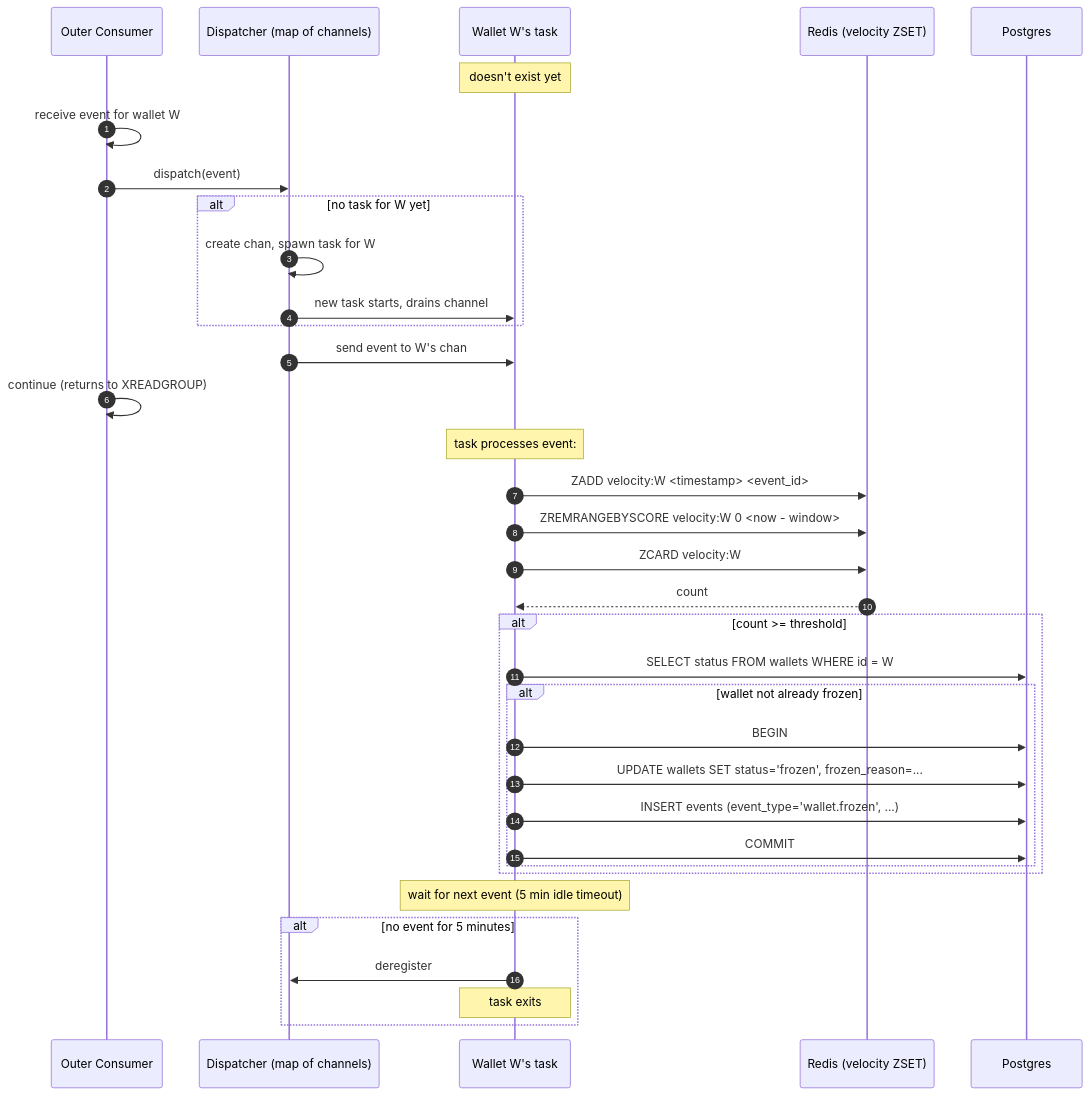
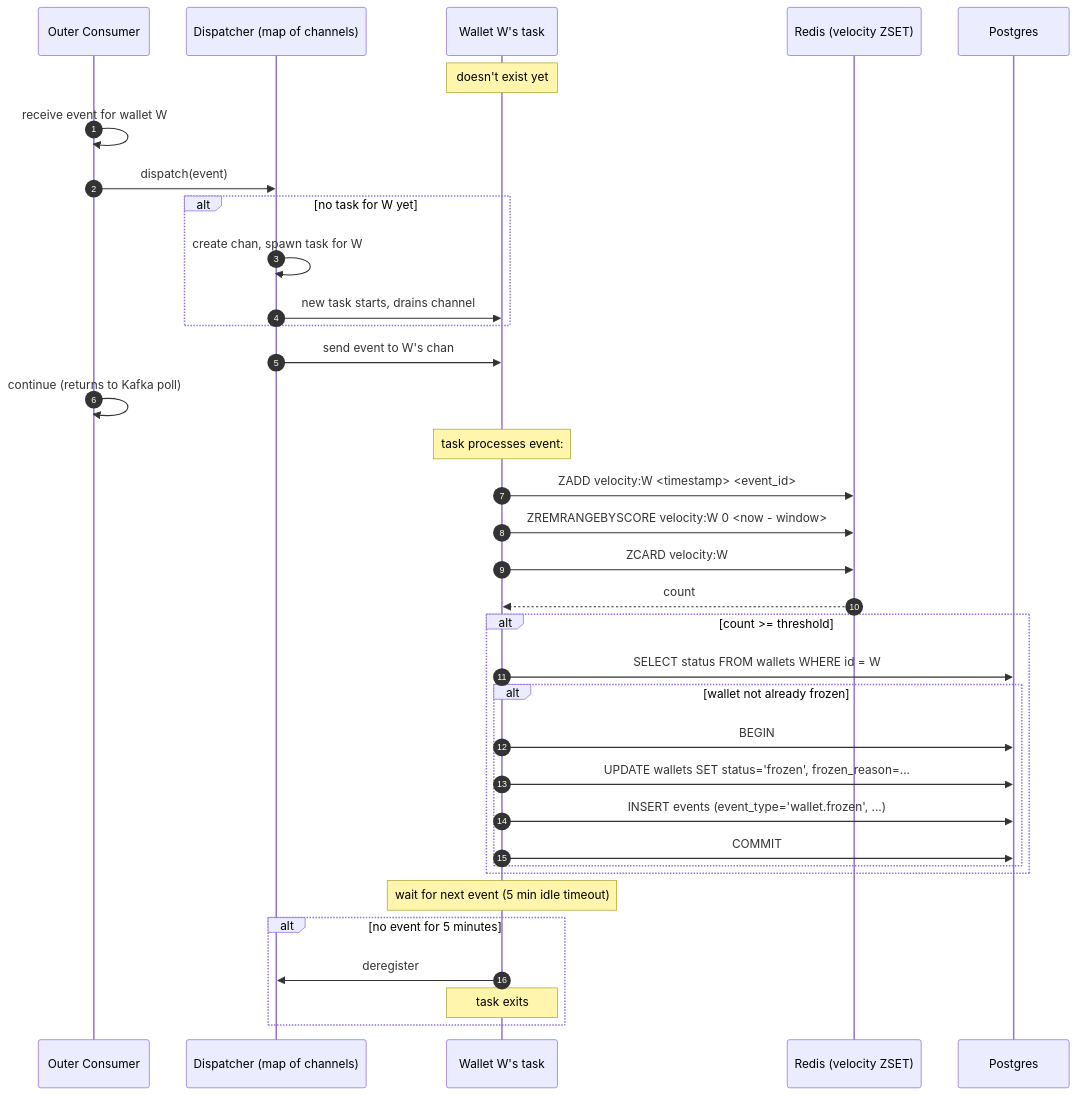
Before and after one commit to Joel-Ajayi/river-rust-queue: the second of 2 diagrams in docs/services/13-FRAUD-WORKER.md, drawn with Mermaid. The commit also changed other lines of this file and 17 other files, not shown here.

Commit message:
Changed architecture to use Kafka instead of Redis stream

````diff
--- a/docs/services/13-FRAUD-WORKER.md
+++ b/docs/services/13-FRAUD-WORKER.md
@@ -96,45 +98,45 @@
 ```mermaid
 sequenceDiagram
     autonumber
     participant OC as Outer Consumer
     participant D as Dispatcher (map of channels)
     participant T as Wallet W's task
     participant R as Redis (velocity ZSET)
     participant DB as Postgres
 
     Note over T: doesn't exist yet
 
     OC->>OC: receive event for wallet W
     OC->>D: dispatch(event)
 
     alt no task for W yet
         D->>D: create chan, spawn task for W
         D->>T: new task starts, drains channel
     end
 
     D->>T: send event to W's chan
-    OC->>OC: continue (returns to XREADGROUP)
+    OC->>OC: continue (returns to Kafka poll)
 
     Note over T: task processes event:
     T->>R: ZADD velocity:W <timestamp> <event_id>
     T->>R: ZREMRANGEBYSCORE velocity:W 0 <now - window>
     T->>R: ZCARD velocity:W
     R-->>T: count
 
     alt count >= threshold
         T->>DB: SELECT status FROM wallets WHERE id = W
         alt wallet not already frozen
             T->>DB: BEGIN
             T->>DB: UPDATE wallets SET status='frozen', frozen_reason=...
             T->>DB: INSERT events (event_type='wallet.frozen', ...)
             T->>DB: COMMIT
         end
     end
 
     Note over T: wait for next event (5 min idle timeout)
 
     alt no event for 5 minutes
         T->>D: deregister
         Note over T: task exits
     end
 ```
````
